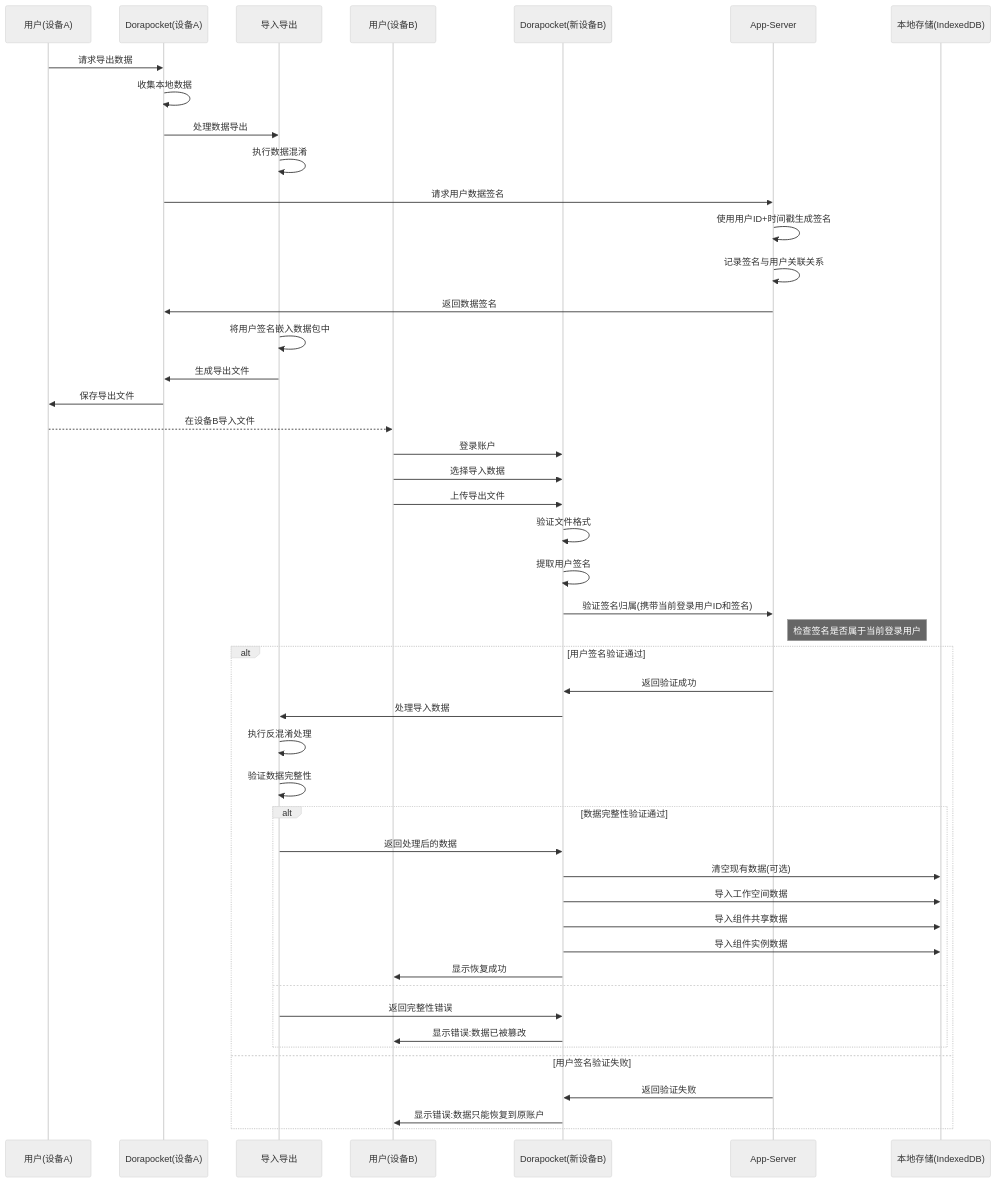
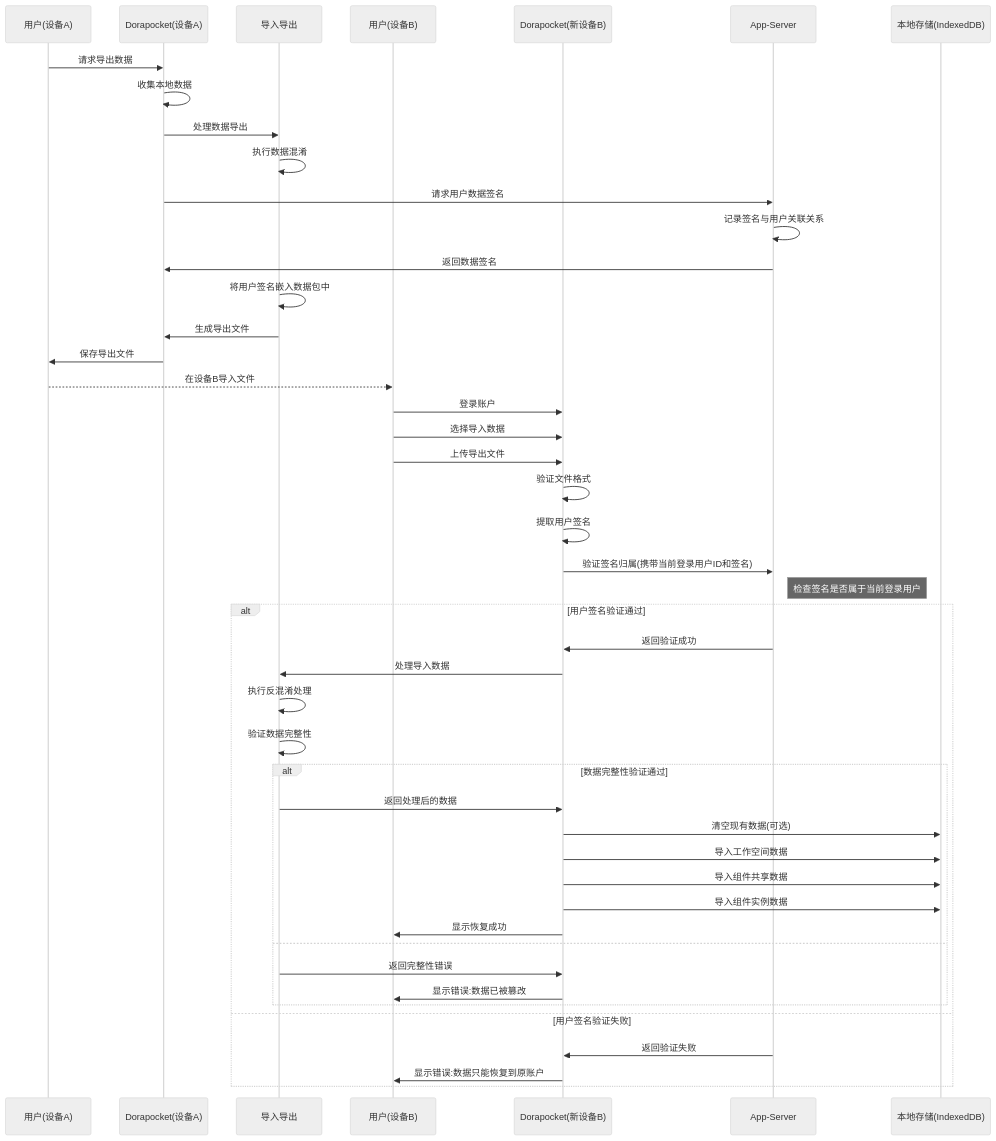
One commit to yingjianzh/iodraw-files changed the diagram in all/未命名-38.md. Above: the diagram before and after it, drawn with Mermaid (neutral theme).

Commit message:
2025-04-21 14:19:45 update

````diff
--- a/all/未命名-38.md
+++ b/all/未命名-38.md
@@ -1,65 +1,64 @@
 ```mermaid
 sequenceDiagram
     participant UserOld as 用户(设备A)
     participant AppOld as Dorapocket(设备A)
     participant Security as 导入导出
     participant UserNew as 用户(设备B)
     participant AppNew as Dorapocket(新设备B)
     participant AppServer as App-Server
     participant LocalDB as 本地存储(IndexedDB)
     
     %% 导出流程
     UserOld->>AppOld: 请求导出数据
     AppOld->>AppOld: 收集本地数据
     
     AppOld->>Security: 处理数据导出
     Security->>Security: 执行数据混淆
     
     %% 获取用户签名
     AppOld->>AppServer: 请求用户数据签名
-    AppServer->>AppServer: 使用用户ID+时间戳生成签名
     AppServer->>AppServer: 记录签名与用户关联关系
     AppServer->>AppOld: 返回数据签名
     
     Security->>Security: 将用户签名嵌入数据包中
     Security->>AppOld: 生成导出文件
     AppOld->>UserOld: 保存导出文件
     
     %% 传输文件(由用户完成)
     UserOld-->>UserNew: 在设备B导入文件
     
     %% 恢复流程
     UserNew->>AppNew: 登录账户
     UserNew->>AppNew: 选择导入数据
     UserNew->>AppNew: 上传导出文件
     
     AppNew->>AppNew: 验证文件格式
     AppNew->>AppNew: 提取用户签名
     
     %% 验证用户签名
     AppNew->>AppServer: 验证签名归属(携带当前登录用户ID和签名)
     note right of AppServer: 检查签名是否属于当前登录用户
     
     alt 用户签名验证通过
         AppServer->>AppNew: 返回验证成功
         
         AppNew->>Security: 处理导入数据
         Security->>Security: 执行反混淆处理
         Security->>Security: 验证数据完整性
         
         alt 数据完整性验证通过
             Security->>AppNew: 返回处理后的数据
             AppNew->>LocalDB: 清空现有数据(可选)
             AppNew->>LocalDB: 导入工作空间数据
             AppNew->>LocalDB: 导入组件共享数据
             AppNew->>LocalDB: 导入组件实例数据
             AppNew->>UserNew: 显示恢复成功
         else
             Security->>AppNew: 返回完整性错误
             AppNew->>UserNew: 显示错误:数据已被篡改
         end
     else 用户签名验证失败
         AppServer->>AppNew: 返回验证失败
         AppNew->>UserNew: 显示错误:数据只能恢复到原账户
     end
 ```
````
